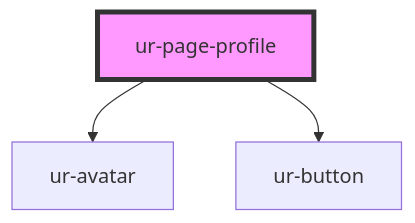
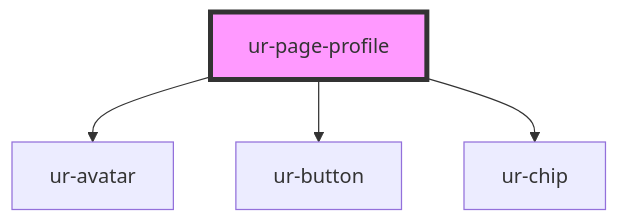
One commit to hellish/urnovl-web-components changed the diagram in src/components/ur-page-profile/readme.md. Above: the diagram before and after it, drawn with Mermaid. The commit also changed other lines of this file and 6 other files, not shown here.

````diff
--- a/src/components/ur-page-profile/readme.md
+++ b/src/components/ur-page-profile/readme.md
@@ -57,6 +83,7 @@
 ```mermaid
 graph TD;
   ur-page-profile --> ur-avatar
   ur-page-profile --> ur-button
+  ur-page-profile --> ur-chip
   style ur-page-profile fill:#f9f,stroke:#333,stroke-width:4px
 ```
````
